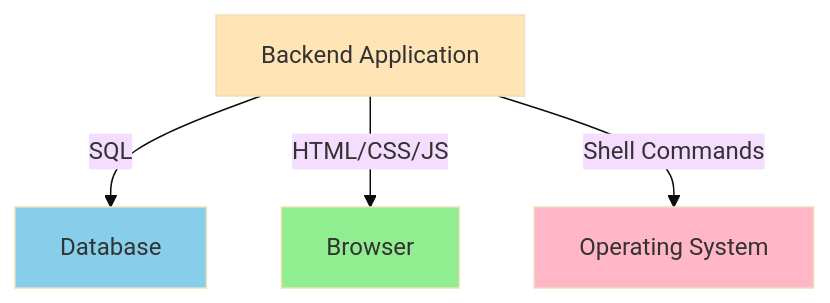
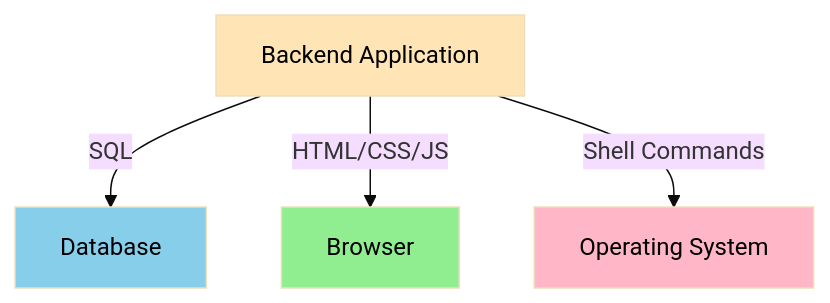
Before and after one commit to ahmed-226/Backend-from-first-principles: the second of 15 diagrams in 15.Backend Security/README.md, drawn with Mermaid (base theme). The commit also changed other lines of this file and 1 other file, not shown here.

````diff
--- a/15.Backend Security/README.md
+++ b/15.Backend Security/README.md
@@ -168,13 +164,13 @@
 ```mermaid
 graph TB
     APP["Backend Application"]
     
     APP -->|SQL| DB["Database"]
     APP -->|HTML/CSS/JS| BROWSER["Browser"]
     APP -->|Shell Commands| OS["Operating System"]
     
-    style APP fill:#FFE4B5
-    style DB fill:#87CEEB
-    style BROWSER fill:#90EE90
-    style OS fill:#FFB6C6
+    style APP fill:#FFE4B5,color:#000
+    style DB fill:#87CEEB,color:#000
+    style BROWSER fill:#90EE90,color:#000
+    style OS fill:#FFB6C6,color:#000
 ```
````
